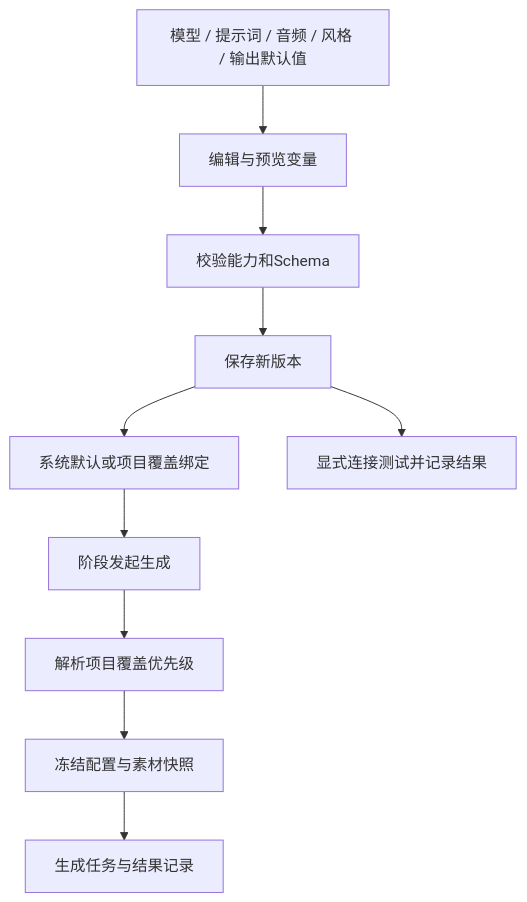
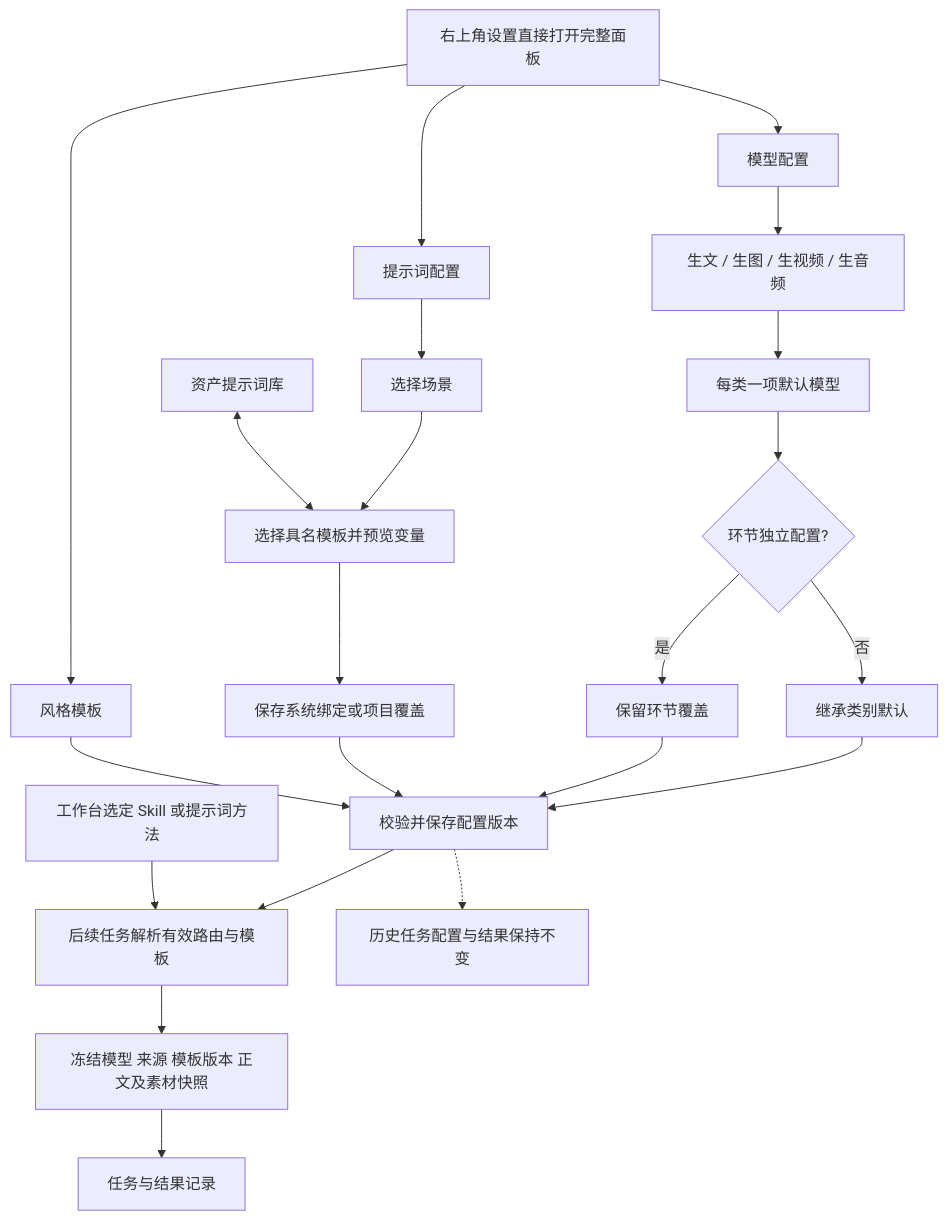
Before and after one commit to federra/MengyuanAI: the diagram in interaction-prd-workspace/reference/technical-diagrams/08-settings.mmd, drawn with Mermaid. The commit also changed 81 other files, not shown here.

```diff
--- a/interaction-prd-workspace/reference/technical-diagrams/08-settings.mmd
+++ b/interaction-prd-workspace/reference/technical-diagrams/08-settings.mmd
@@ -1,10 +1,23 @@
 flowchart TB
-  A[模型 / 提示词 / 音频 / 风格 / 输出默认值] --> B[编辑与预览变量]
-  B --> C[校验能力和Schema]
-  C --> D[保存新版本]
-  D --> E[系统默认或项目覆盖绑定]
-  E --> F[阶段发起生成]
-  F --> G[解析项目覆盖优先级]
-  G --> H[冻结配置与素材快照]
-  H --> I[生成任务与结果记录]
-  D --> TEST[显式连接测试并记录结果]
+  A[右上角设置直接打开完整面板] --> M[模型配置]
+  A --> P[提示词配置]
+  A --> S[风格模板]
+  M --> C[生文 / 生图 / 生视频 / 生音频]
+  C --> D[每类一项默认模型]
+  D --> E{环节独立配置?}
+  E -->|否| F[继承类别默认]
+  E -->|是| G[保留环节覆盖]
+  P --> SC[选择场景]
+  SC --> T[选择具名模板并预览变量]
+  LIB[资产提示词库] <--> T
+  T --> B[保存系统绑定或项目覆盖]
+  F --> V[校验并保存配置版本]
+  G --> V
+  B --> V
+  S --> V
+  V --> RUN[后续任务解析有效路由与模板]
+  SK[工作台选定 Skill 或提示词方法] --> RUN
+  RUN --> SNAP[冻结模型 来源 模板版本 正文及素材快照]
+  SNAP --> TASK[任务与结果记录]
+  OLD[历史任务配置与结果保持不变]
+  V -.-> OLD
```
